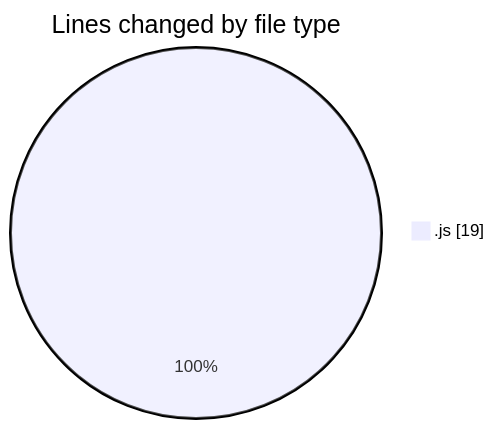
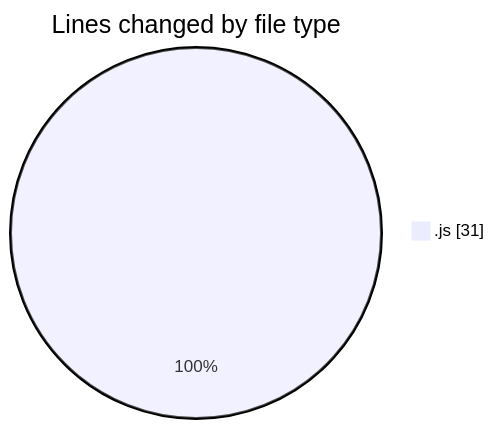
Before and after one commit to momahboobian/code-tracking: the first of 2 diagrams in 2026-05-20/cda/README.md, drawn with Mermaid. The commit also changed other lines of this file and 1 other file, not shown here.

````diff
--- a/2026-05-20/cda/README.md
+++ b/2026-05-20/cda/README.md
@@ -20,5 +21,5 @@
 ```mermaid
 pie showData
 title Lines changed by file type
-".js" : 19
+".js" : 31
 ```
````
